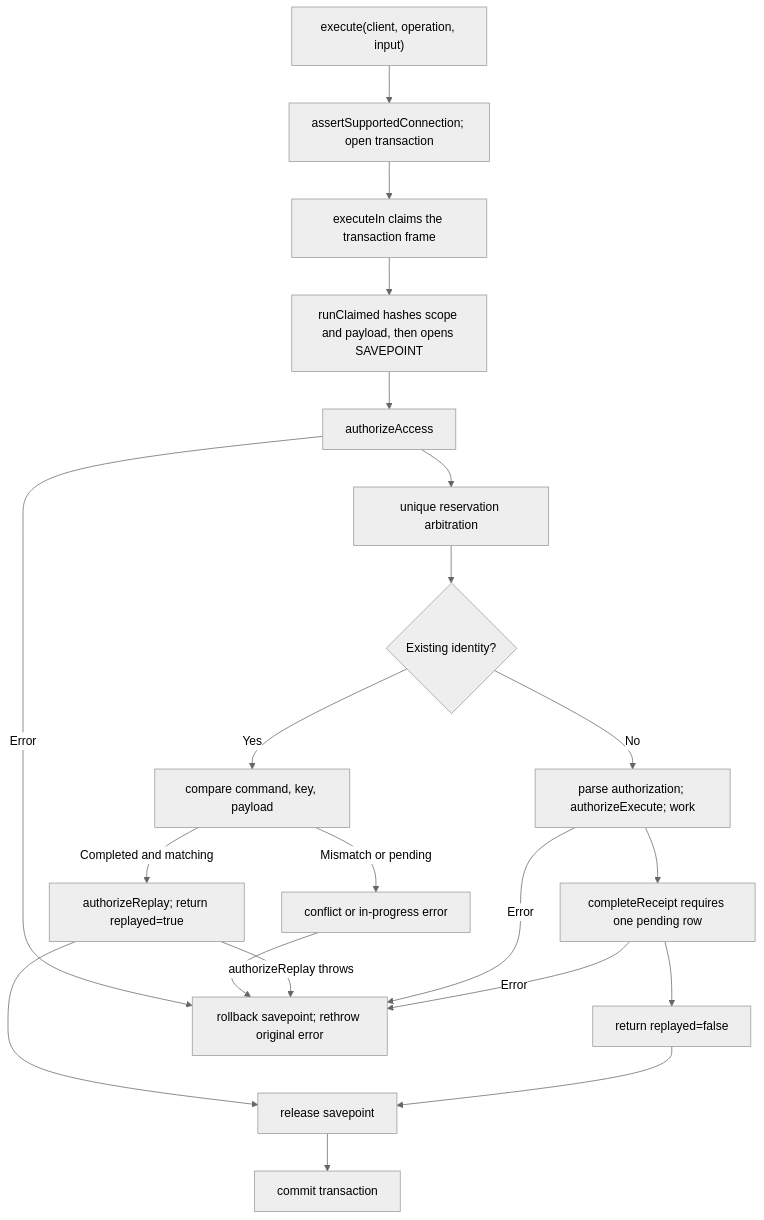
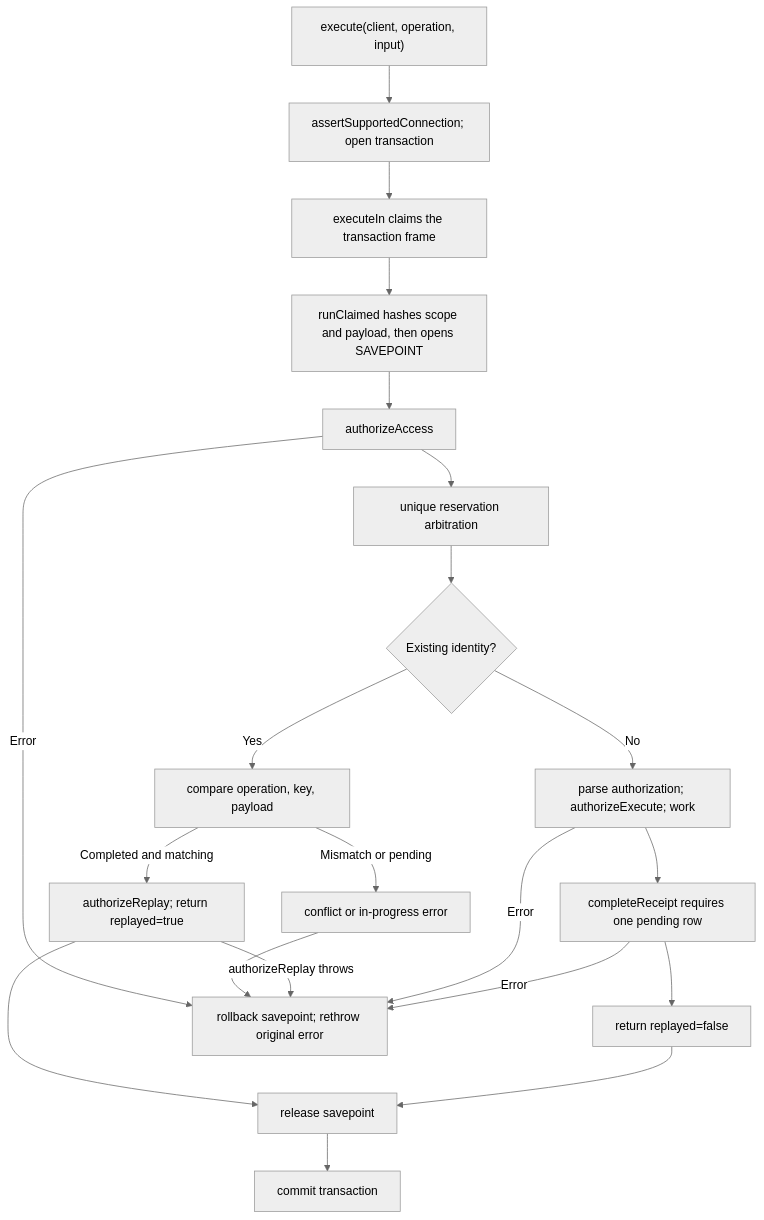
One commit to Kevinjohn/oss-adonisjs-duplicate-request-guard changed the second of 2 diagrams in user-stories/US-GUARD-01-execute-command.md. Above: the diagram before and after it, drawn with Mermaid (neutral theme). The commit also changed other lines of this file and 37 other files, not shown here.

````diff
--- a/user-stories/US-GUARD-01-execute-command.md
+++ b/user-stories/US-GUARD-01-execute-command.md
@@ -50,23 +50,23 @@
 ```mermaid
 flowchart TD
     A["execute(client, operation, input)"] --> B["assertSupportedConnection; open transaction"]
     B --> C["executeIn claims the transaction frame"]
     C --> D["runClaimed hashes scope and payload, then opens SAVEPOINT"]
     D --> D2["authorizeAccess"]
     D2 --> E["unique reservation arbitration"]
     E --> F{"Existing identity?"}
-    F -->|Yes| G["compare command, key, payload"]
+    F -->|Yes| G["compare operation, key, payload"]
     G -->|Mismatch or pending| X["conflict or in-progress error"]
     G -->|Completed and matching| L["authorizeReplay; return replayed=true"]
     F -->|No| H["parse authorization; authorizeExecute; work"]
     H --> I["completeReceipt requires one pending row"]
     I --> J["return replayed=false"]
     L --> K["release savepoint"]
     J --> K
     K --> M["commit transaction"]
     D2 -->|Error| Y["rollback savepoint; rethrow original error"]
     X --> Y
     L -->|authorizeReplay throws| Y
     H -->|Error| Y
     I -->|Error| Y
 ```
````
